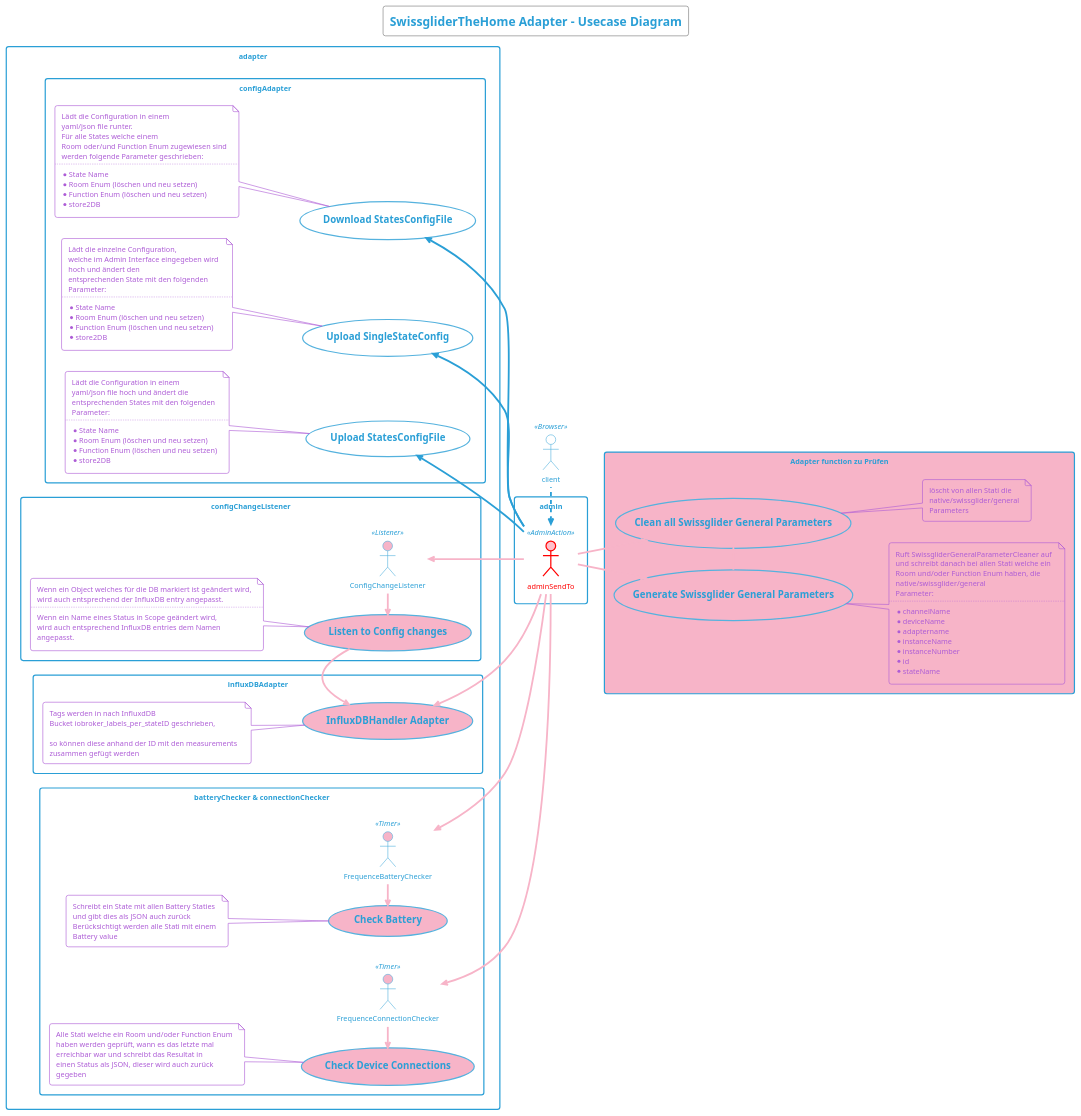
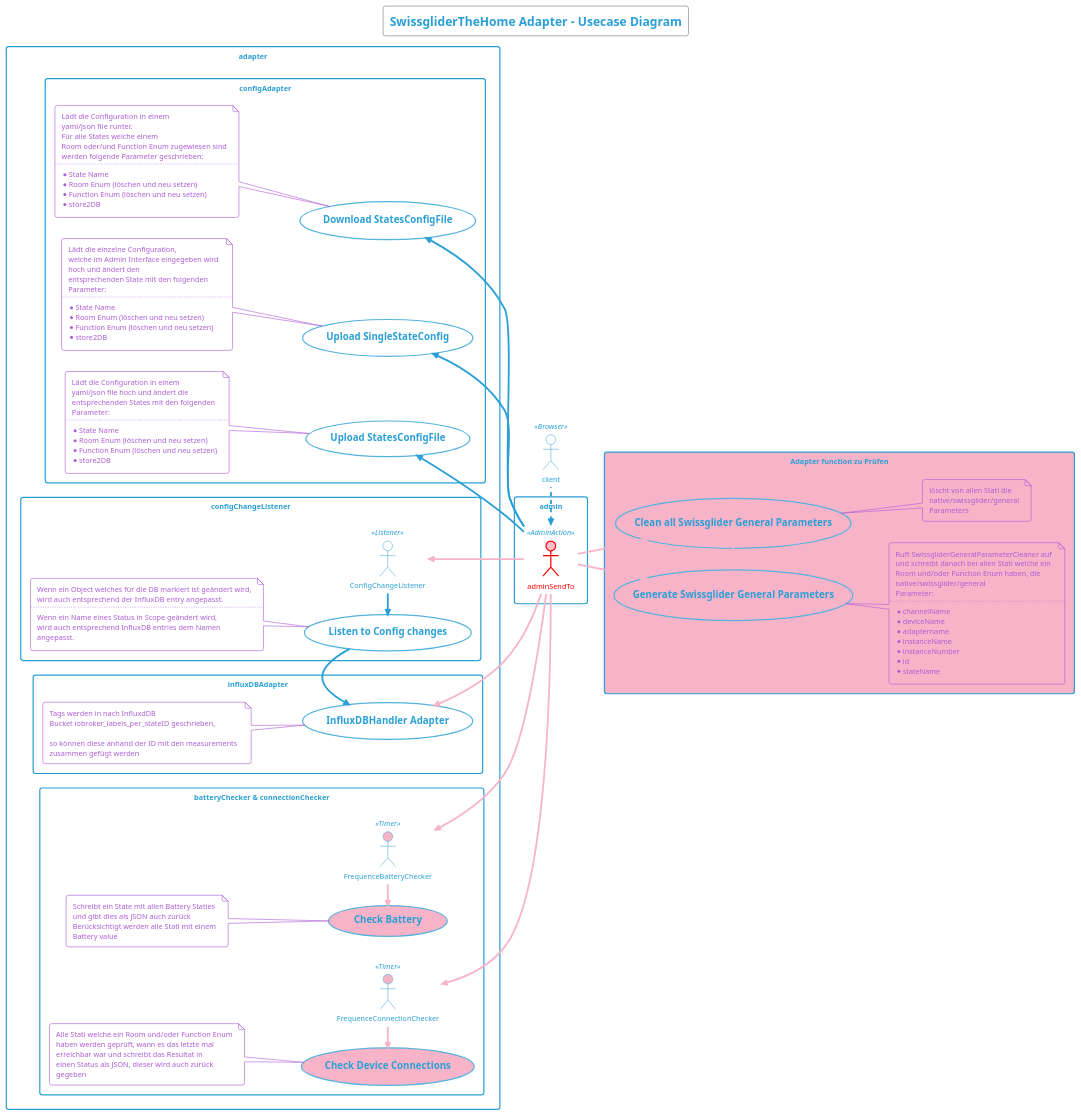
Before and after one commit to swissglider/iobroker.thehome: the diagram in docu/plantuml/server/SwissgliderTheHome - Usecase Diagram.iuml, drawn with PlantUML. The commit also changed 16 other files, not shown here.

Commit message:
ConfigChangeListener_disabled and InfluxDBHandlerAdapter_disabled on adapter and admin

```diff
--- a/docu/plantuml/server/SwissgliderTheHome - Usecase Diagram.iuml
+++ b/docu/plantuml/server/SwissgliderTheHome - Usecase Diagram.iuml
@@ -1,143 +1,143 @@
 @startuml
 !theme cyborg-outline
 
 title
     SwissgliderTheHome Adapter - Usecase Diagram
 end title
 
 actor client << Browser >>
 rectangle admin {
     actor adminSendTo << AdminAction >> #pink;line:red;line.bold;text:red
 }
 
 rectangle adapter {
     rectangle "configAdapter" {
         usecase ConfigDownloader as "=Download StatesConfigFile"
             note top
                 Lädt die Configuration in einem 
                 yaml/json file runter. 
                 Für alle States welche einem 
                 Room oder/und Function Enum zugewiesen sind
                 werden folgende Parameter geschrieben:
                 ..
                 * State Name
                 * Room Enum (löschen und neu setzen)
                 * Function Enum (löschen und neu setzen)
                 * store2DB
             end note
         usecase SingleUploader as "=Upload SingleStateConfig"
             note top
                 Lädt die einzelne Configuration, 
                 welche im Admin Interface eingegeben wird 
                 hoch und ändert den
                 entsprechenden State mit den folgenden
                 Parameter:
                 ..
                 * State Name
                 * Room Enum (löschen und neu setzen)
                 * Function Enum (löschen und neu setzen)
                 * store2DB
             end note
         usecase ConfigUploader as "=Upload StatesConfigFile"
             note top
                 Lädt die Configuration in einem 
                 yaml/json file hoch und ändert die
                 entsprechenden States mit den folgenden
                 Parameter:
                 ..
                 * State Name
                 * Room Enum (löschen und neu setzen)
                 * Function Enum (löschen und neu setzen)
                 * store2DB
             end note
     }
 
     rectangle "configChangeListener" {
-        actor ConfigChangeListener << Listener >> #F7B4C8
-        usecase ConfigChangePreWorker as "=Listen to Config changes" #F7B4C8
+        actor ConfigChangeListener << Listener >>
+        usecase ConfigChangePreWorker as "=Listen to Config changes"
             note top
                 Wenn ein Object welches für die DB markiert ist geändert wird,
                 wird auch entsprechend der InfluxDB entry angepasst.
                 ..
                 Wenn ein Name eines Status in Scope geändert wird, 
                 wird auch entsprechend InfluxDB entries dem Namen
                 angepasst.
             end note
     }
 
     rectangle "influxDBAdapter" {
-        usecase InfluxDBConverter as "=InfluxDBHandler Adapter" #F7B4C8
+        usecase InfluxDBConverter as "=InfluxDBHandler Adapter"
             note top
                 Tags werden in nach InfluxdDB 
                 Bucket iobroker_labels_per_stateID geschrieben,
 
                 so können diese anhand der ID mit den measurements 
                 zusammen gefügt werden
             end note
     }
 
     rectangle "batteryChecker & connectionChecker" {
         actor FrequenceBatteryChecker << Timer >> #F7B4C8
         actor FrequenceConnectionChecker << Timer >> #F7B4C8
         usecase BatteryChecker as "=Check Battery" #F7B4C8
             note top
                 Schreibt ein State mit allen Battery Staties
                 und gibt dies als JSON auch zurück
                 Berücksichtigt werden alle Stati mit einem
                 Battery value
             end note
         usecase ConnectionChecker as "=Check Device Connections" #F7B4C8
             note top 
                 Alle Stati welche ein Room und/oder Function Enum
                 haben werden geprüft, wann es das letzte mal
                 erreichbar war und schreibt das Resultat in
                 einen Status als JSON, dieser wird auch zurück
                 gegeben
             end note
     }
 }
 rectangle adapter1 as "Adapter function zu Prüfen" #F7B4C8 {
     usecase SwissgliderGeneralParameterGenerator as "=Generate Swissglider General Parameters"
         note bottom
             Ruft SwissgliderGeneralParameterCleaner auf
             und schreibt danach bei allen Stati welche ein 
             Room und/oder Function Enum haben, die
             native/swissglider/general
             Parameter:
             ..
             * channelName
             * deviceName
             * adaptername
             * instanceName
             * instanceNumber
             * id
             * stateName
         end note
     usecase SwissgliderGeneralParameterCleaner as "=Clean all Swissglider General Parameters"
         note bottom
             löscht von allen Stati die 
             native/swissglider/general
             Parameters
         end note
 }
 
 left to right direction
 client -left..> adminSendTo
 adminSendTo -up-> ConfigUploader
 adminSendTo -up-> SingleUploader
 adminSendTo -up-> ConfigDownloader
 adminSendTo -up-> ConfigChangeListener  #F7B4C8
 adminSendTo -up-> FrequenceBatteryChecker  #F7B4C8
 adminSendTo -up-> FrequenceConnectionChecker  #F7B4C8
 adminSendTo -up-> InfluxDBConverter  #F7B4C8
 adminSendTo -down-> SwissgliderGeneralParameterGenerator  #F7B4C8
 adminSendTo -down-> SwissgliderGeneralParameterCleaner  #F7B4C8
 SwissgliderGeneralParameterGenerator -> SwissgliderGeneralParameterCleaner  #F7B4C8
 
 FrequenceBatteryChecker -left-> BatteryChecker  #F7B4C8
 FrequenceConnectionChecker -left-> ConnectionChecker  #F7B4C8
-ConfigChangeListener -left-> ConfigChangePreWorker  #F7B4C8
+ConfigChangeListener -left-> ConfigChangePreWorker
 
-ConfigChangePreWorker -> InfluxDBConverter  #F7B4C8
+ConfigChangePreWorker -> InfluxDBConverter
 
 @enduml
```
